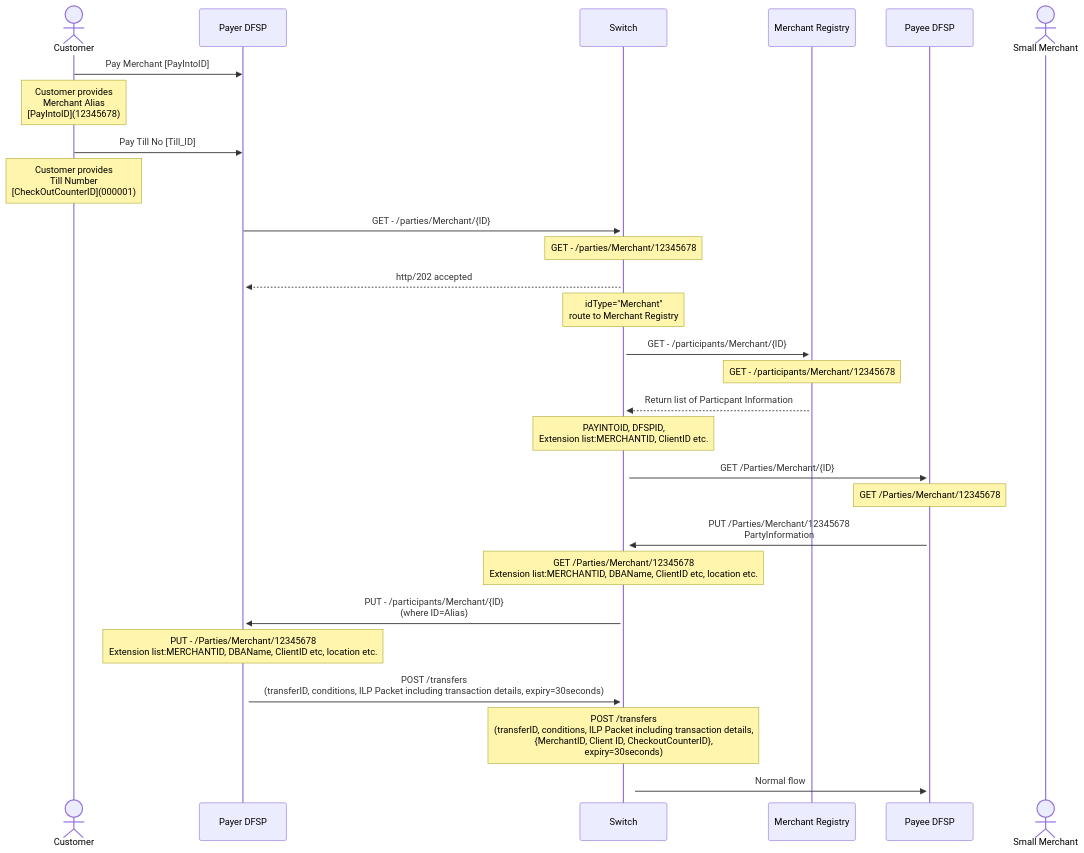
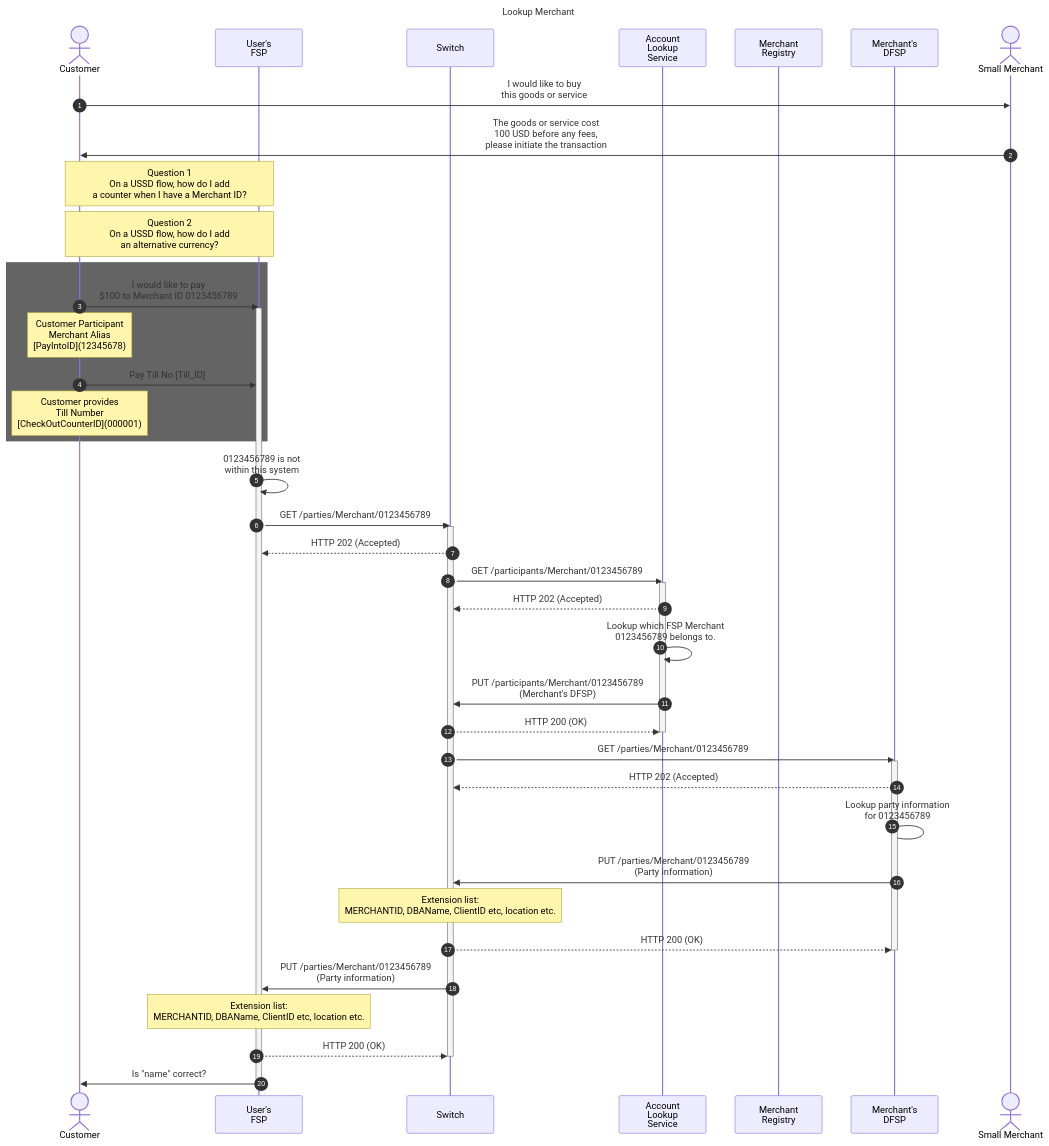
One commit to mojaloop/merchant-payment-docs changed the first of 2 diagrams in end_to_end_merchant_payment_flow.md. Above: the diagram before and after it, drawn with Mermaid. The commit also changed other lines of this file and 1 other file, not shown here.

````diff
--- a/end_to_end_merchant_payment_flow.md
+++ b/end_to_end_merchant_payment_flow.md
@@ -34,32 +36,56 @@
 ```mermaid
 sequenceDiagram
-    actor cust as Customer
-    participant PayerFSP as Payer DFSP
-    participant switch as Switch
-    participant oracle as Merchant Registry
-    participant PayeeFSP as Payee DFSP
-    actor merc as Small Merchant
 
-    cust ->> PayerFSP : Pay Merchant [PayIntoID]
-    note over cust:Customer provides<br/>Merchant Alias<br/>[PayIntoID](12345678)
+Title: Lookup Merchant
+autonumber
+
+# declare actors
+actor cust as Customer
+participant PayerFSP as User's<br/>FSP
+participant Switch as Switch
+participant ALS as Account<br/>Lookup<br/>Service
+participant oracle as Merchant<br/>Registry
+participant PayeeFSP as Merchant's<br/>DFSP
+actor merc as Small Merchant
+
+# start flow
+cust->>merc: I would like to buy<br/>this goods or service
+merc ->> cust: The goods or service cost<br/>100 USD before any fees,<br/>please initiate the transaction
+note over cust,PayerFSP: Question 1<br/>On a USSD flow, how do I add<br/>a counter when I have a Merchant ID?
+note over cust,PayerFSP: Question 2<br/>On a USSD flow, how do I add<br/>an alternative currency?
+rect rgb(100, 100, 100)
+    cust ->> PayerFSP: I would like to pay<br/>$100 to Merchant ID 0123456789
+    activate PayerFSP
+    note over cust:Customer Participant<br/>Merchant Alias<br/>[PayIntoID](12345678)
     cust ->> PayerFSP : Pay Till No [Till_ID]
     note over cust:Customer provides<br/>Till Number<br/>[CheckOutCounterID](000001)
-    PayerFSP->>+switch: GET - /parties/Merchant/{ID}
-    note over switch: GET - /parties/Merchant/12345678
-    switch-->>+PayerFSP: http/202 accepted
-    note over switch: idType="Merchant"<br/>route to Merchant Registry
-    switch->>+oracle: GET - /participants/Merchant/{ID}
-    note over oracle: GET - /participants/Merchant/12345678
-    oracle-->>+switch: Return list of Particpant Information
-    note over switch: PAYINTOID, DFSPID,<br/>Extension list:MERCHANTID, ClientID etc.
-    switch->>+PayeeFSP: GET /Parties/Merchant/{ID}
-    note over PayeeFSP: GET /Parties/Merchant/12345678
-    PayeeFSP->>+switch: PUT /Parties/Merchant/12345678<br/>PartyInformation
-    note over switch: GET /Parties/Merchant/12345678<br/>Extension list:MERCHANTID, DBAName, ClientID etc, location etc.
-    switch->>+PayerFSP: PUT - /participants/Merchant/{ID}<br/>(where ID=Alias)
-    note over PayerFSP: PUT - /Parties/Merchant/12345678<br/>Extension list:MERCHANTID, DBAName, ClientID etc, location etc.
-    PayerFSP->>+switch: POST /transfers <br/>(transferID, conditions, ILP Packet including transaction details, expiry=30seconds)
-    note over switch:  POST /transfers <br/>(transferID, conditions, ILP Packet including transaction details,<br/>{MerchantID, Client ID, CheckoutCounterID},<br/> expiry=30seconds)
-    switch->>PayeeFSP: Normal flow
-    
+end
+
+PayerFSP ->> PayerFSP: 0123456789 is not<br/>within this system
+PayerFSP ->> Switch: GET /parties/Merchant/0123456789
+activate Switch
+Switch -->> PayerFSP: HTTP 202 (Accepted)
+Switch ->> ALS: GET /participants/Merchant/0123456789
+activate ALS
+ALS -->> Switch: HTTP 202 (Accepted)
+ALS ->> ALS: Lookup which FSP Merchant<br/>0123456789 belongs to.
+ALS ->> Switch: PUT /participants/Merchant/0123456789<br/>(Merchant's DFSP)
+Switch -->> ALS: HTTP 200 (OK)
+deactivate ALS
+Switch ->> PayeeFSP: GET /parties/Merchant/0123456789
+activate PayeeFSP
+PayeeFSP -->> Switch: HTTP 202 (Accepted)
+PayeeFSP -> PayeeFSP: Lookup party information<br/>for 0123456789
+PayeeFSP ->> Switch: PUT /parties/Merchant/0123456789<br/>(Party information)
+    note over Switch: Extension list:<br/>MERCHANTID, DBAName, ClientID etc, location etc.
+Switch -->> PayeeFSP: HTTP 200 (OK)
+deactivate PayeeFSP
+Switch ->> PayerFSP: PUT /parties/Merchant/0123456789<br/>(Party information)
+    note over PayerFSP: Extension list:<br/>MERCHANTID, DBAName, ClientID etc, location etc.
+PayerFSP -->> Switch: HTTP 200 (OK)
+deactivate Switch
+PayerFSP ->> cust: Is "name" correct?
+deactivate PayerFSP
+
+
 ```
````
